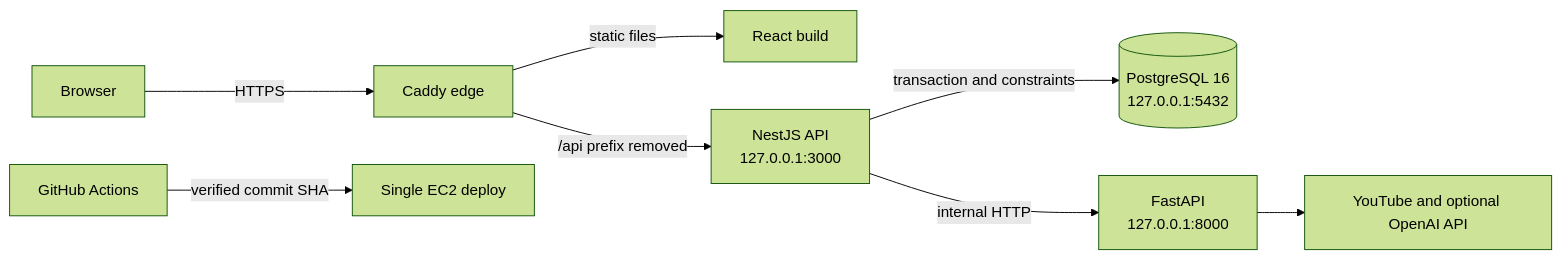
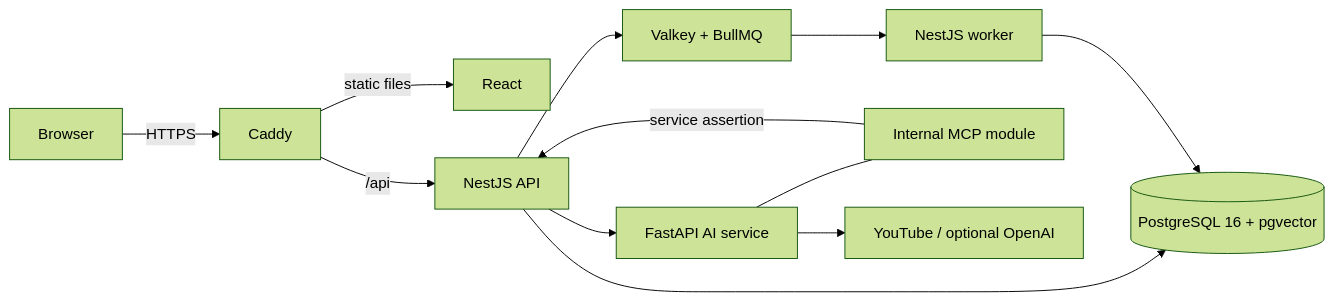
Before and after one commit to NearthYou/Studytube: the first of 2 diagrams in README.md, drawn with Mermaid (forest theme). The commit also changed other lines of this file and 235 other files, not shown here.

````diff
--- a/README.md
+++ b/README.md
@@ -18,10 +51,14 @@
 ```mermaid
 flowchart LR
-  Browser["Browser"] -->|"HTTPS"| Edge["Caddy edge"]
-  Edge -->|"static files"| Web["React build"]
-  Edge -->|"/api prefix removed"| API["NestJS API<br/>127.0.0.1:3000"]
-  API -->|"transaction and constraints"| DB[("PostgreSQL 16<br/>127.0.0.1:5432")]
-  API -->|"internal HTTP"| AI["FastAPI<br/>127.0.0.1:8000"]
-  AI --> External["YouTube and optional OpenAI API"]
-  CI["GitHub Actions"] -->|"verified commit SHA"| Deploy["Single EC2 deploy"]
+  Browser["Browser"] -->|"HTTPS"| Edge["Caddy"]
+  Edge -->|"static files"| Web["React"]
+  Edge -->|"/api"| API["NestJS API"]
+  API --> DB[("PostgreSQL 16 + pgvector")]
+  API --> Queue["Valkey + BullMQ"]
+  Queue --> Worker["NestJS worker"]
+  Worker --> DB
+  API --> AI["FastAPI AI service"]
+  AI --- MCP["Internal MCP module"]
+  MCP -->|"service assertion"| API
+  AI --> External["YouTube / optional OpenAI"]
 ```
````
